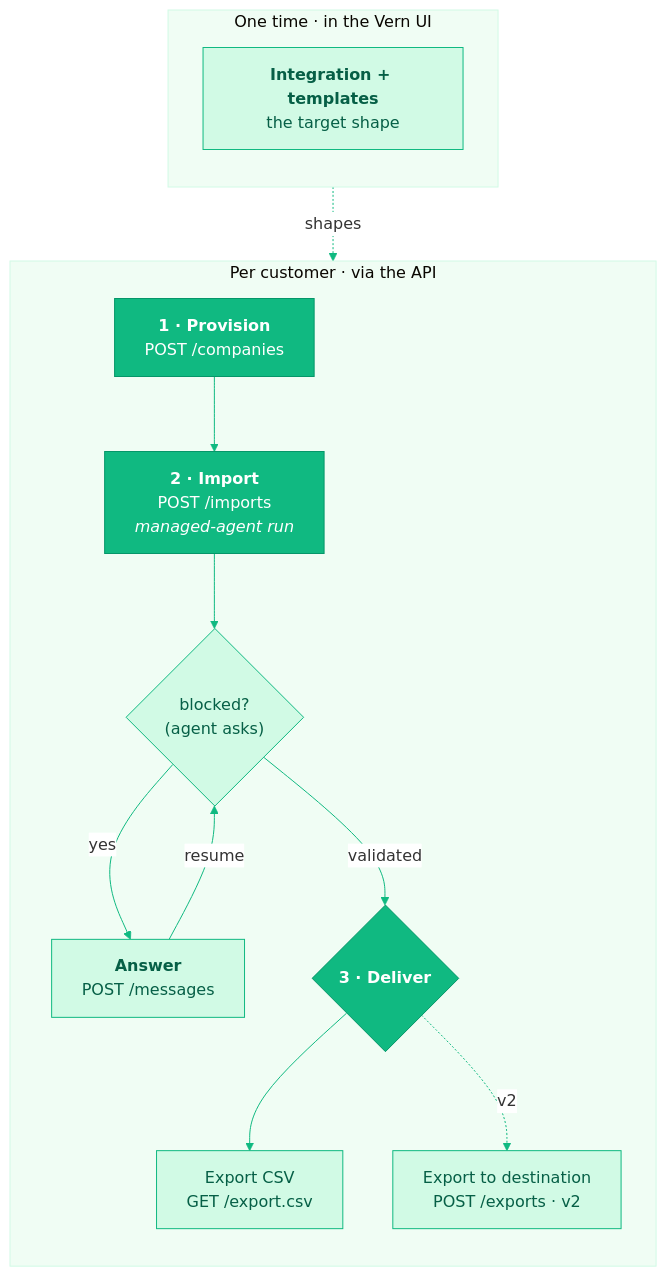
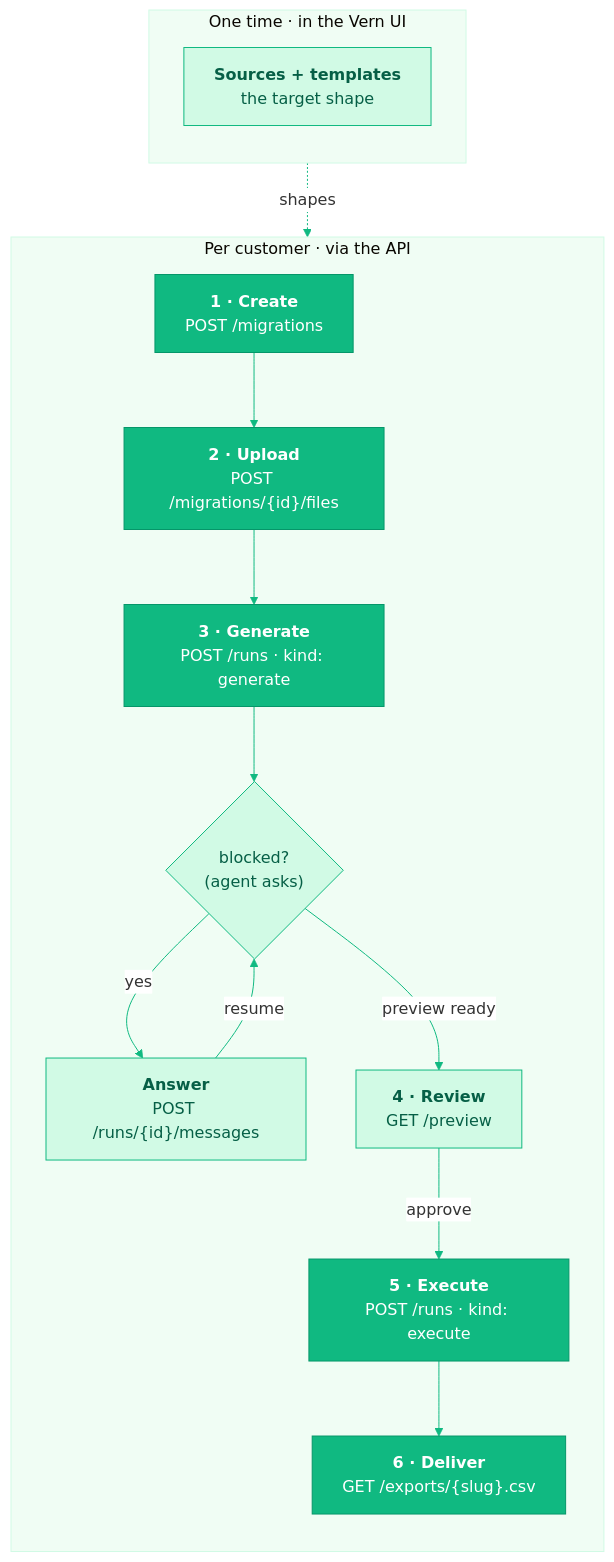
Before and after one commit to vern-so/docs: the diagram in migration-api/introduction.mdx, drawn with Mermaid. The commit also changed other lines of this file and 28 other files, not shown here.

````diff
--- a/migration-api/introduction.mdx
+++ b/migration-api/introduction.mdx
@@ -23,37 +16,37 @@
 ```mermaid
 %%{init: {'theme':'base','themeVariables':{
   'fontFamily':'ui-sans-serif, system-ui, -apple-system, sans-serif',
   'lineColor':'#10B981','clusterBkg':'#F0FDF4','clusterBorder':'#D1FAE5',
   'edgeLabelBackground':'#ffffff'
 }}}%%
 flowchart TB
   subgraph author["One time · in the Vern UI"]
     direction TB
-    S["<b>Integration + templates</b><br/>the target shape"]
+    S["<b>Sources + templates</b><br/>the target shape"]
   end
 
   subgraph runtime["Per customer · via the API"]
     direction TB
-    P["<b>1 · Provision</b><br/>POST /companies"]
-    I["<b>2 · Import</b><br/>POST /imports<br/><i>managed-agent run</i>"]
+    P["<b>1 · Create</b><br/>POST /migrations"]
+    U["<b>2 · Upload</b><br/>POST /migrations/{id}/files"]
+    G["<b>3 · Generate</b><br/>POST /runs · kind: generate"]
     Q{"blocked?<br/>(agent asks)"}
-    R["<b>Answer</b><br/>POST /messages"]
-    D{"<b>3 · Deliver</b>"}
-    CSV["Export CSV<br/>GET /export.csv"]
-    EXP["Export to destination<br/>POST /exports · v2"]
+    A["<b>Answer</b><br/>POST /runs/{id}/messages"]
+    PV["<b>4 · Review</b><br/>GET /preview"]
+    E["<b>5 · Execute</b><br/>POST /runs · kind: execute"]
+    D["<b>6 · Deliver</b><br/>GET /exports/{slug}.csv"]
   end
 
   S -. shapes .-> P
-  P --> I --> Q
-  Q -- "yes" --> R
-  R -- "resume" --> Q
-  Q -- "validated" --> D
-  D --> CSV
-  D -. v2 .-> EXP
+  P --> U --> G --> Q
+  Q -- "yes" --> A
+  A -- "resume" --> Q
+  Q -- "preview ready" --> PV
+  PV -- "approve" --> E --> D
 
   classDef step fill:#10B981,stroke:#059669,stroke-width:1px,color:#ffffff;
   classDef soft fill:#D1FAE5,stroke:#10B981,stroke-width:1px,color:#065F46;
 
-  class P,I,D step;
-  class S,Q,R,CSV,EXP soft;
+  class P,U,G,E,D step;
+  class S,Q,A,PV soft;
 ```
````
